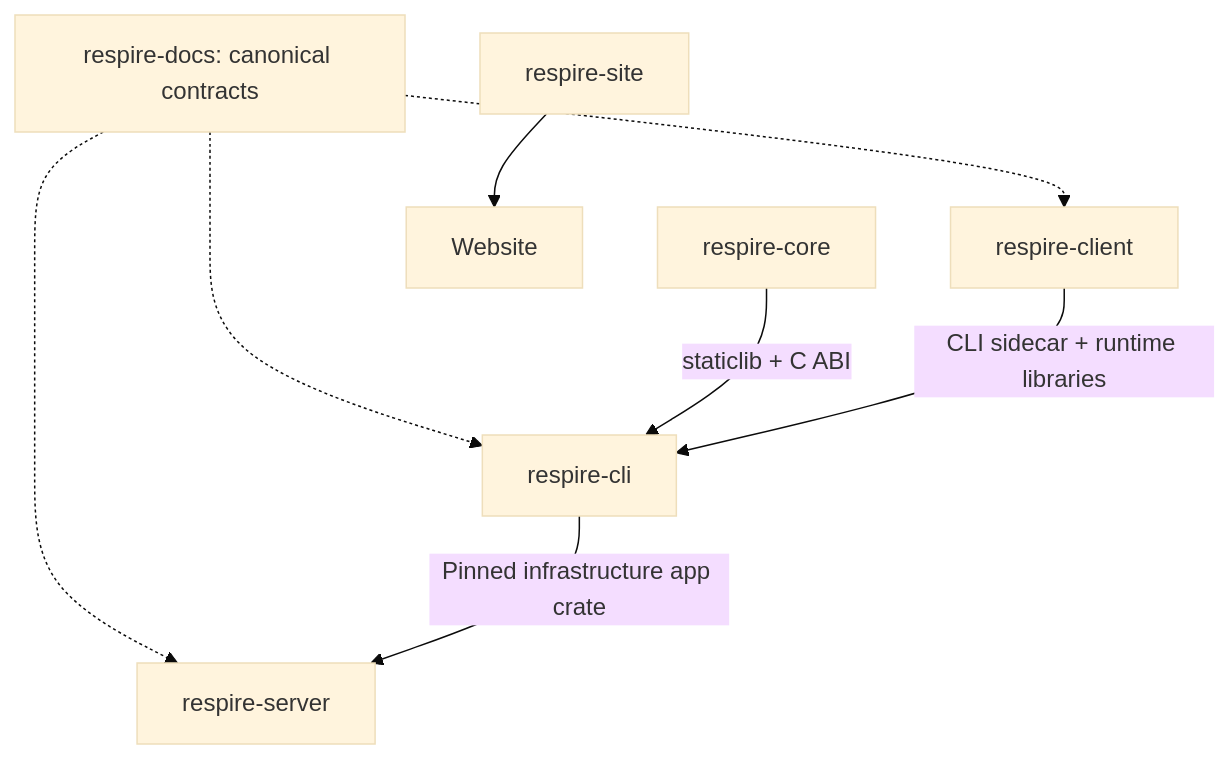
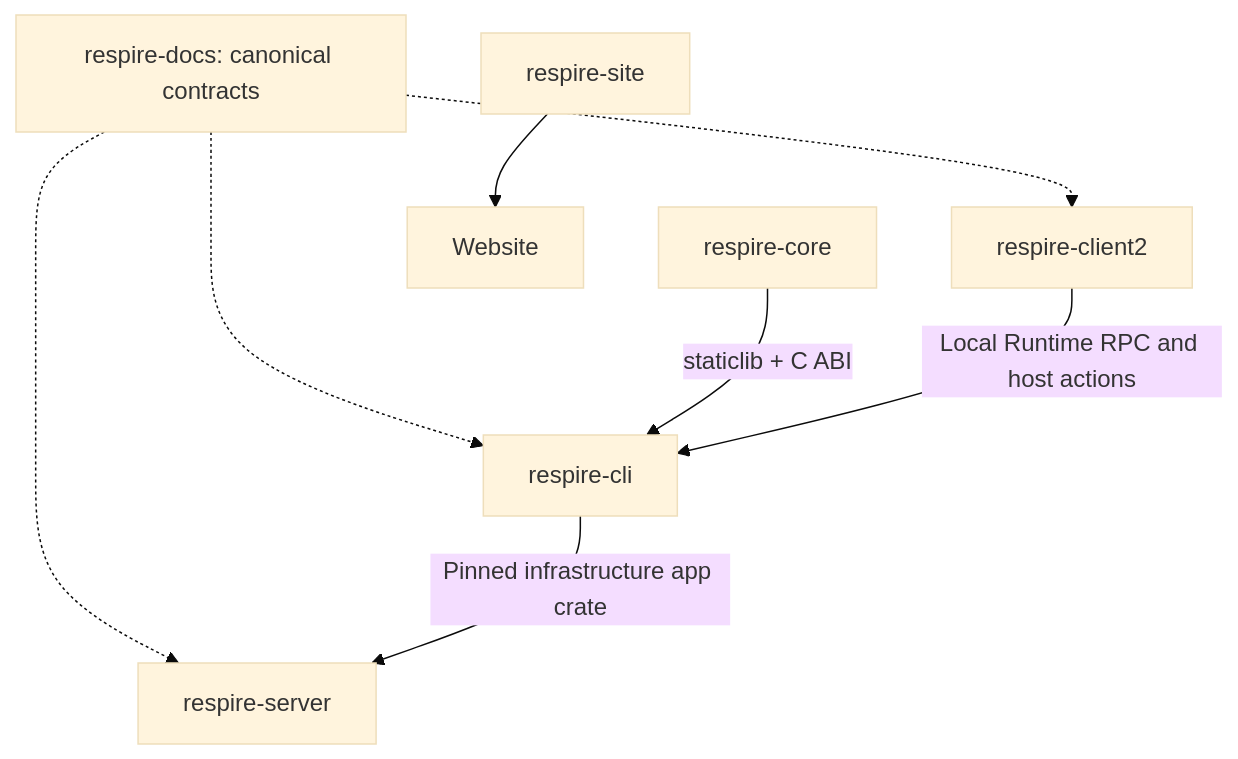
The diagram in docs/repos.md (risense-ai/respire-docs), drawn with Mermaid (base theme) before and after one commit. The commit also changed other lines of this file and 117 other files, not shown here.

````diff
--- a/docs/repos.md
+++ b/docs/repos.md
@@ -3,10 +3,10 @@
 ```mermaid
 flowchart TB
   Docs["respire-docs: canonical contracts"] -.-> CLI["respire-cli"]
   Docs -.-> Server["respire-server"]
-  Docs -.-> Client["respire-client"]
+  Docs -.-> Client["respire-client2"]
   Core["respire-core"] -->|staticlib + C ABI| CLI
   CLI -->|Pinned infrastructure app crate| Server
-  Client -->|CLI sidecar + runtime libraries| CLI
+  Client -->|Local Runtime RPC and host actions| CLI
   Site["respire-site"] --> Website["Website"]
 ```
````
